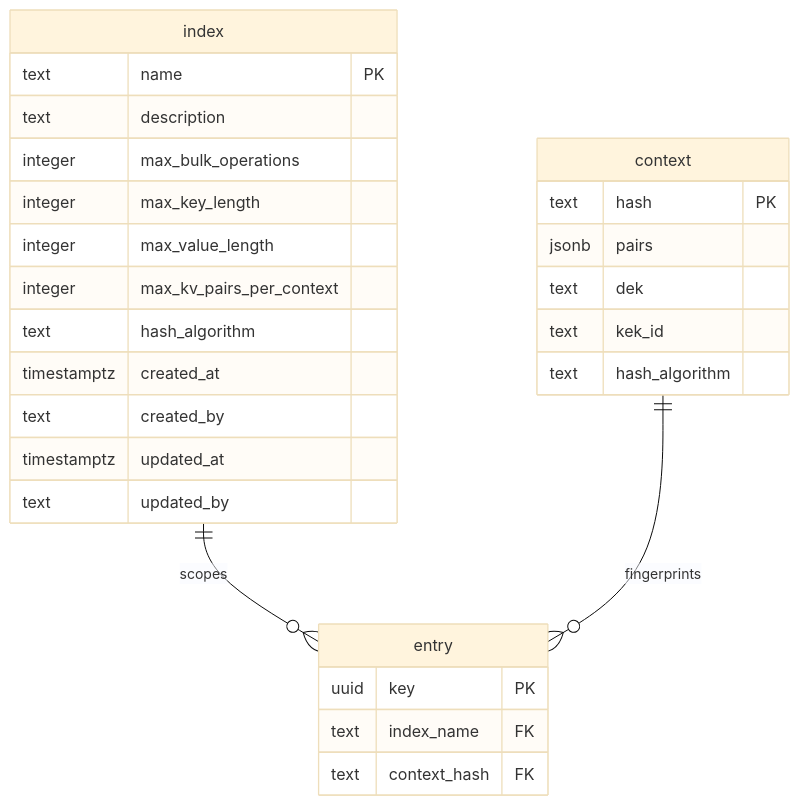
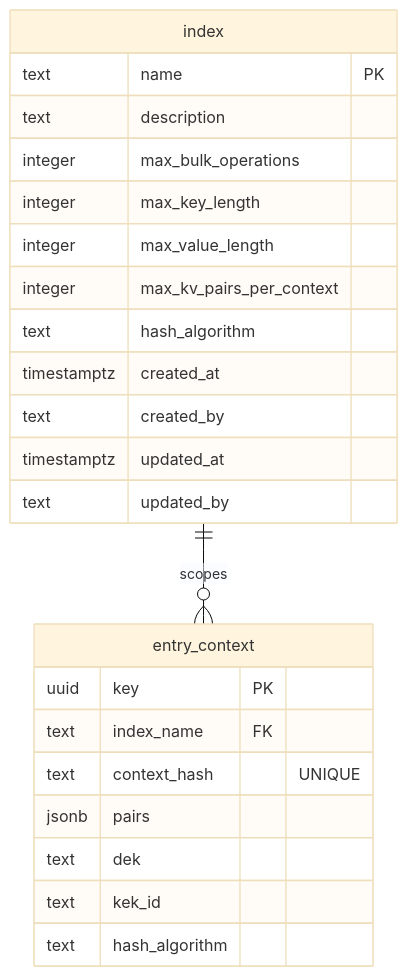
Before and after one commit to cperfect/udex: the diagram in projects/rust/datastore/README.md, drawn with Mermaid (base theme). The commit also changed other lines of this file and 2 other files, not shown here.

First line of the commit message:
docs: WP-07 — update data model docs for 1:1 entry_context schema

````diff
--- a/projects/rust/datastore/README.md
+++ b/projects/rust/datastore/README.md
@@ -78,33 +72,28 @@
 ```mermaid
 erDiagram
     index {
         text name PK
         text description
         integer max_bulk_operations
         integer max_key_length
         integer max_value_length
         integer max_kv_pairs_per_context
         text hash_algorithm
         timestamptz created_at
         text created_by
         timestamptz updated_at
         text updated_by
     }
 
-    context {
-        text hash PK
+    entry_context {
+        uuid key PK
+        text index_name FK
+        text context_hash "UNIQUE"
         jsonb pairs
         text dek
         text kek_id
         text hash_algorithm
     }
 
-    entry {
-        uuid key PK
-        text index_name FK
-        text context_hash FK
-    }
-
-    index ||--o{ entry : "scopes"
-    context ||--o{ entry : "fingerprints"
+    index ||--o{ entry_context : "scopes"
 ```
````
